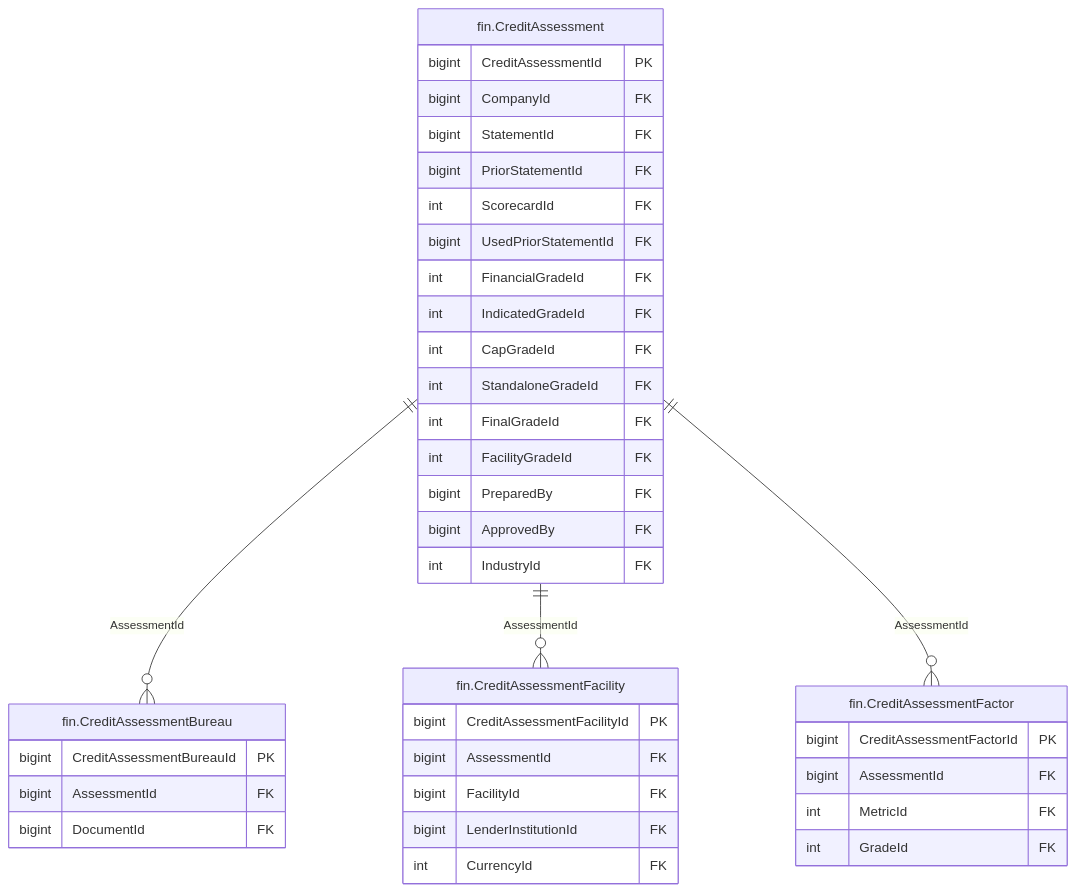
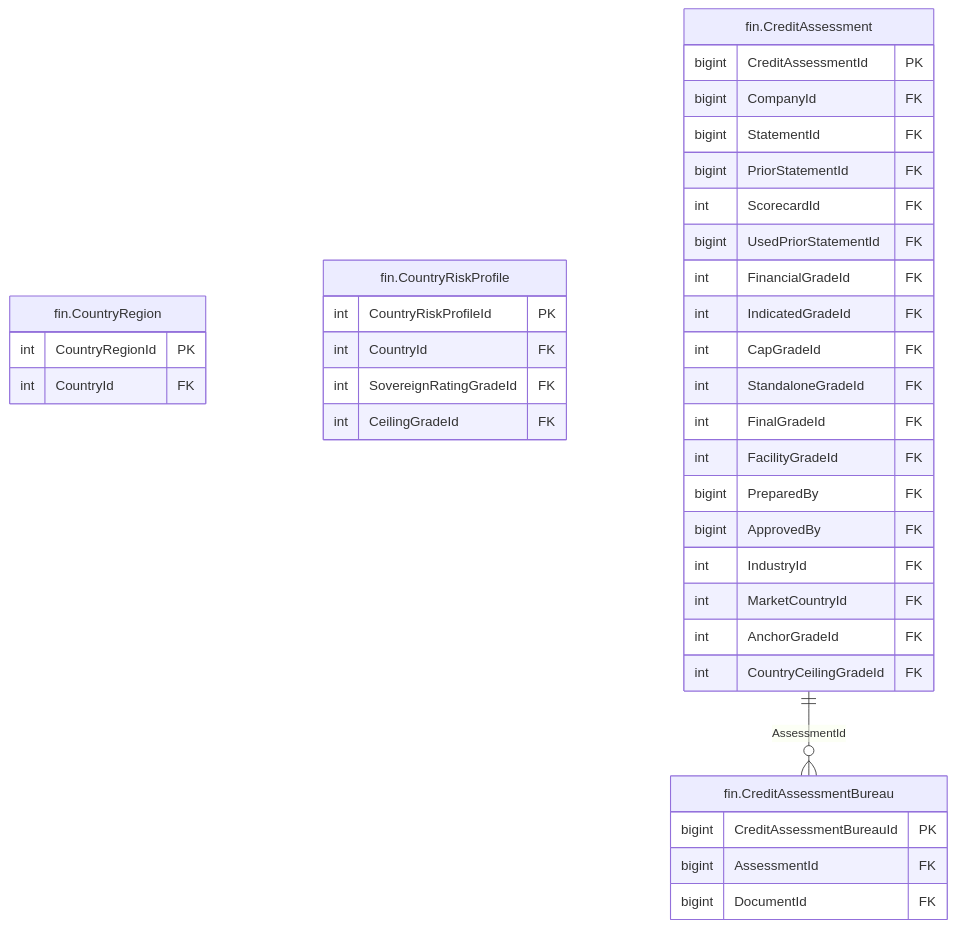
Before and after one commit to thawrasy/smartlines: the diagram in treasury-platform/docs/diagrams/erd/m5_financials_2.mmd, drawn with Mermaid. The commit also changed 163 other files, not shown here.

```diff
--- a/treasury-platform/docs/diagrams/erd/m5_financials_2.mmd
+++ b/treasury-platform/docs/diagrams/erd/m5_financials_2.mmd
@@ -1,40 +1,38 @@
-%% م5 · البيانات المالية والأرصدة (2/11) — Financial statements & balances
+%% م5 · البيانات المالية والأرصدة (2/13) — Financial statements & balances
 erDiagram
+  fin_CountryRegion["fin.CountryRegion"] {
+    int CountryRegionId PK
+    int CountryId FK
+  }
+  fin_CountryRiskProfile["fin.CountryRiskProfile"] {
+    int CountryRiskProfileId PK
+    int CountryId FK
+    int SovereignRatingGradeId FK
+    int CeilingGradeId FK
+  }
   fin_CreditAssessment["fin.CreditAssessment"] {
     bigint CreditAssessmentId PK
     bigint CompanyId FK
     bigint StatementId FK
     bigint PriorStatementId FK
     int ScorecardId FK
     bigint UsedPriorStatementId FK
     int FinancialGradeId FK
     int IndicatedGradeId FK
     int CapGradeId FK
     int StandaloneGradeId FK
     int FinalGradeId FK
     int FacilityGradeId FK
     bigint PreparedBy FK
     bigint ApprovedBy FK
     int IndustryId FK
+    int MarketCountryId FK
+    int AnchorGradeId FK
+    int CountryCeilingGradeId FK
   }
   fin_CreditAssessmentBureau["fin.CreditAssessmentBureau"] {
     bigint CreditAssessmentBureauId PK
     bigint AssessmentId FK
     bigint DocumentId FK
   }
-  fin_CreditAssessmentFacility["fin.CreditAssessmentFacility"] {
-    bigint CreditAssessmentFacilityId PK
-    bigint AssessmentId FK
-    bigint FacilityId FK
-    bigint LenderInstitutionId FK
-    int CurrencyId FK
-  }
-  fin_CreditAssessmentFactor["fin.CreditAssessmentFactor"] {
-    bigint CreditAssessmentFactorId PK
-    bigint AssessmentId FK
-    int MetricId FK
-    int GradeId FK
-  }
   fin_CreditAssessment ||--o{ fin_CreditAssessmentBureau : "AssessmentId"
-  fin_CreditAssessment ||--o{ fin_CreditAssessmentFacility : "AssessmentId"
-  fin_CreditAssessment ||--o{ fin_CreditAssessmentFactor : "AssessmentId"
```
